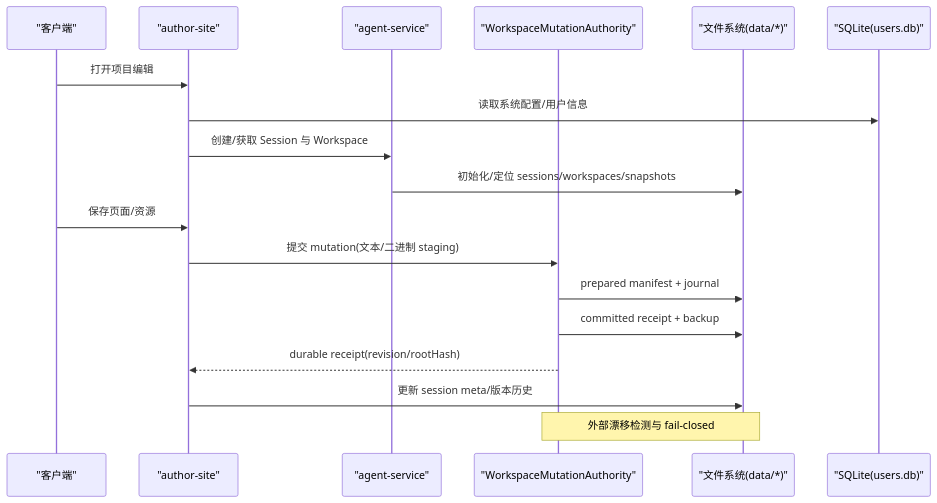
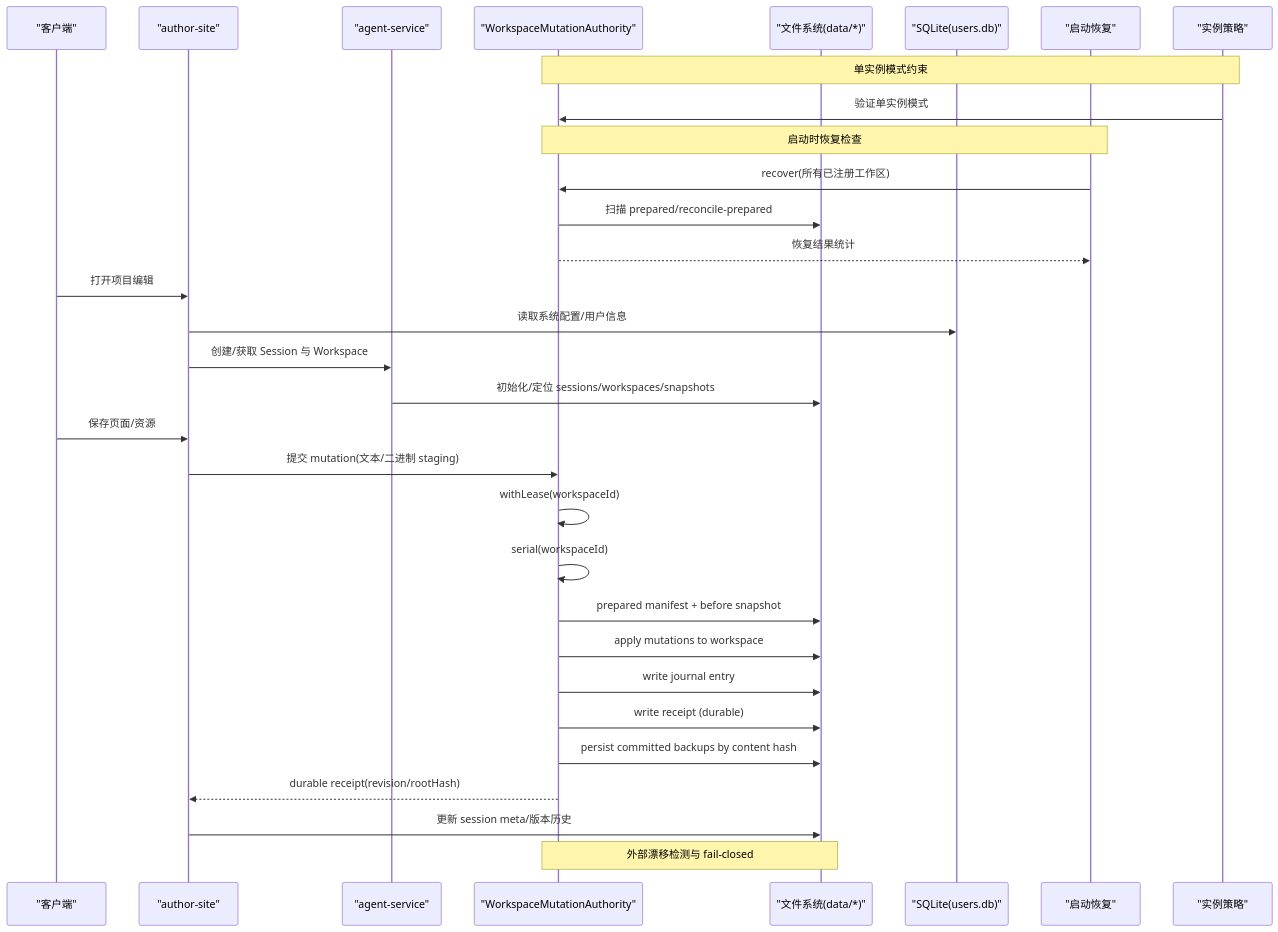
Before and after one commit to qihaogithub/workbench: the second of 10 diagrams in .qoder/repowiki/zh/content/架构设计/数据架构/数据架构.md, drawn with Mermaid. The commit also changed other lines of this file and 448 other files, not shown here.

````diff
--- a/.qoder/repowiki/zh/content/架构设计/数据架构/数据架构.md
+++ b/.qoder/repowiki/zh/content/架构设计/数据架构/数据架构.md
@@ -96,20 +121,33 @@
 ```mermaid
 sequenceDiagram
 participant Client as "客户端"
 participant Author as "author-site"
 participant Agent as "agent-service"
 participant Auth as "WorkspaceMutationAuthority"
 participant FS as "文件系统(data/*)"
 participant DB as "SQLite(users.db)"
+participant Startup as "启动恢复"
+participant Policy as "实例策略"
+Note over Policy,Auth : 单实例模式约束
+Policy->>Auth : 验证单实例模式
+Note over Startup,Auth : 启动时恢复检查
+Startup->>Auth : recover(所有已注册工作区)
+Auth->>FS : 扫描 prepared/reconcile-prepared
+Auth-->>Startup : 恢复结果统计
 Client->>Author : 打开项目编辑
 Author->>DB : 读取系统配置/用户信息
 Author->>Agent : 创建/获取 Session 与 Workspace
 Agent->>FS : 初始化/定位 sessions/workspaces/snapshots
 Client->>Author : 保存页面/资源
 Author->>Auth : 提交 mutation(文本/二进制 staging)
-Auth->>FS : prepared manifest + journal
-Auth->>FS : committed receipt + backup
+Auth->>Auth : withLease(workspaceId)
+Auth->>Auth : serial(workspaceId)
+Auth->>FS : prepared manifest + before snapshot
+Auth->>FS : apply mutations to workspace
+Auth->>FS : write journal entry
+Auth->>FS : write receipt (durable)
+Auth->>FS : persist committed backups by content hash
 Auth-->>Author : durable receipt(revision/rootHash)
 Author->>FS : 更新 session meta/版本历史
 Note over Auth,FS : 外部漂移检测与 fail-closed
 ```
````
